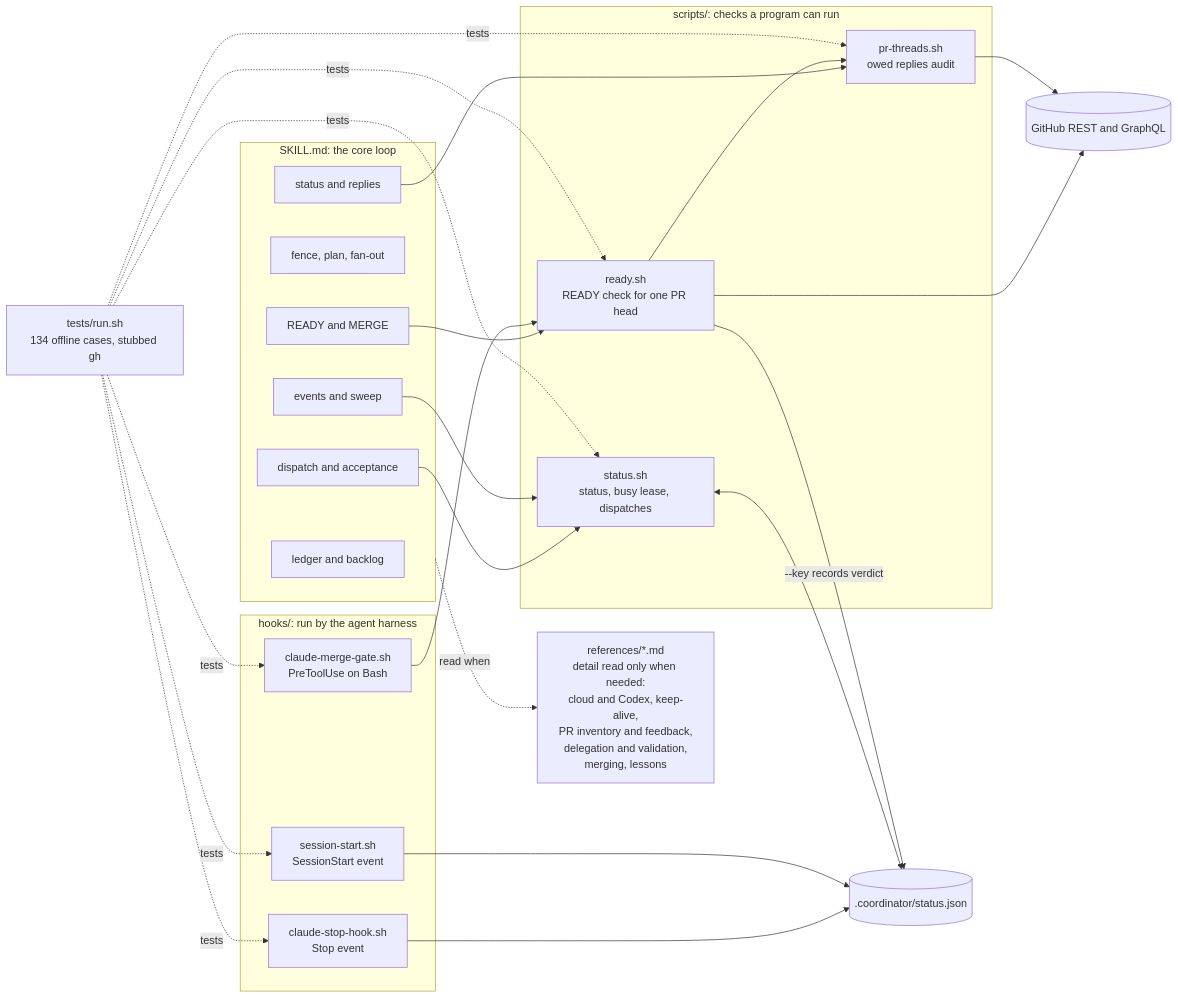
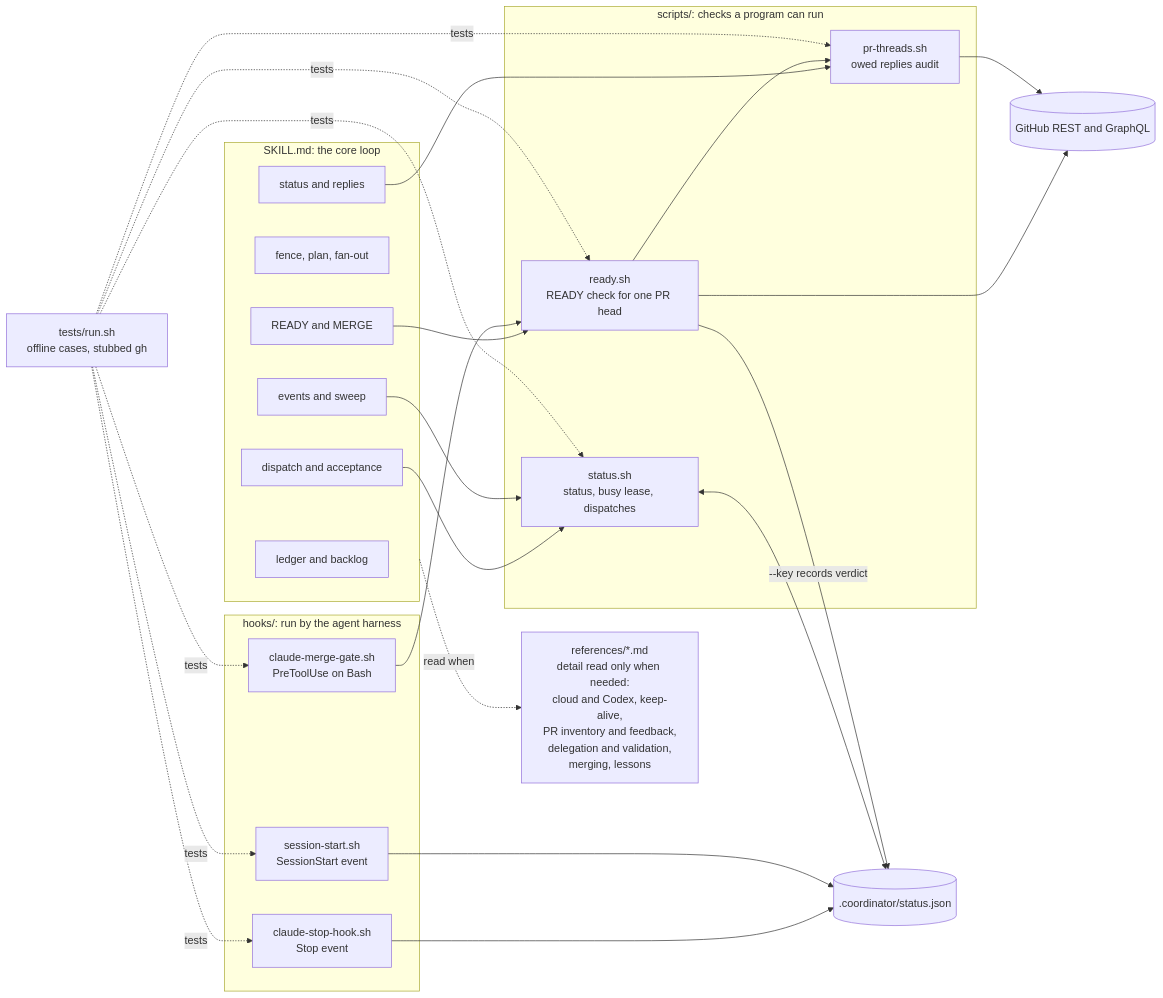
The first of 12 diagrams in docs/OVERVIEW.md (mejasonmejason/execution-coordinator), drawn with Mermaid before and after one commit. The commit also changed other lines of this file and 4 other files, not shown here.

First line of the commit message:
Make the suite portable and let the release zip run its own tests

````diff
--- a/docs/OVERVIEW.md
+++ b/docs/OVERVIEW.md
@@ -18,38 +18,38 @@
 ```mermaid
 flowchart LR
   subgraph Rules["SKILL.md: the core loop"]
     R1["ledger and backlog"]
     R2["fence, plan, fan-out"]
     R3["READY and MERGE"]
     R4["dispatch and acceptance"]
     R5["events and sweep"]
     R6["status and replies"]
   end
   Refs["references/*.md<br/>detail read only when needed:<br/>cloud and Codex, keep-alive,<br/>PR inventory and feedback,<br/>delegation and validation,<br/>merging, lessons"]
   Rules -. "read when" .-> Refs
   subgraph Scripts["scripts/: checks a program can run"]
     S1["status.sh<br/>status, busy lease, dispatches"]
     S2["ready.sh<br/>READY check for one PR head"]
     S3["pr-threads.sh<br/>owed replies audit"]
   end
   subgraph Hooks["hooks/: run by the agent harness"]
     H1["claude-stop-hook.sh<br/>Stop event"]
     H2["claude-merge-gate.sh<br/>PreToolUse on Bash"]
     H3["session-start.sh<br/>SessionStart event"]
   end
   State[(".coordinator/status.json")]
   GH[("GitHub REST and GraphQL")]
   R3 --> S2
   R4 --> S1
   R6 --> S3
   R5 --> S1
   H2 --> S2
   S2 --> S3
   S1 <--> State
   H1 --> State
   H3 --> State
   S2 -- "--key records verdict" --> State
   S2 --> GH
   S3 --> GH
-  T["tests/run.sh<br/>134 offline cases, stubbed gh"] -. tests .-> S1 & S2 & S3 & H1 & H2 & H3
+  T["tests/run.sh<br/>offline cases, stubbed gh"] -. tests .-> S1 & S2 & S3 & H1 & H2 & H3
 ```
````
